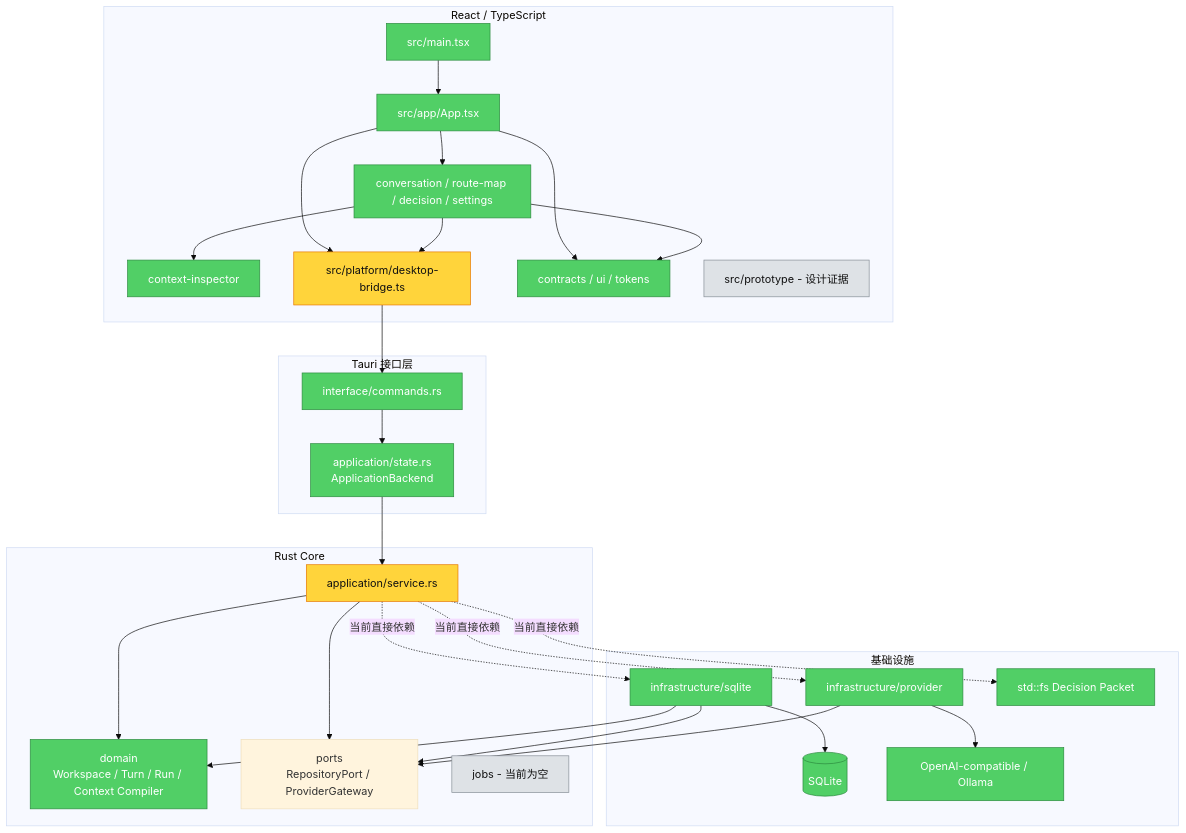
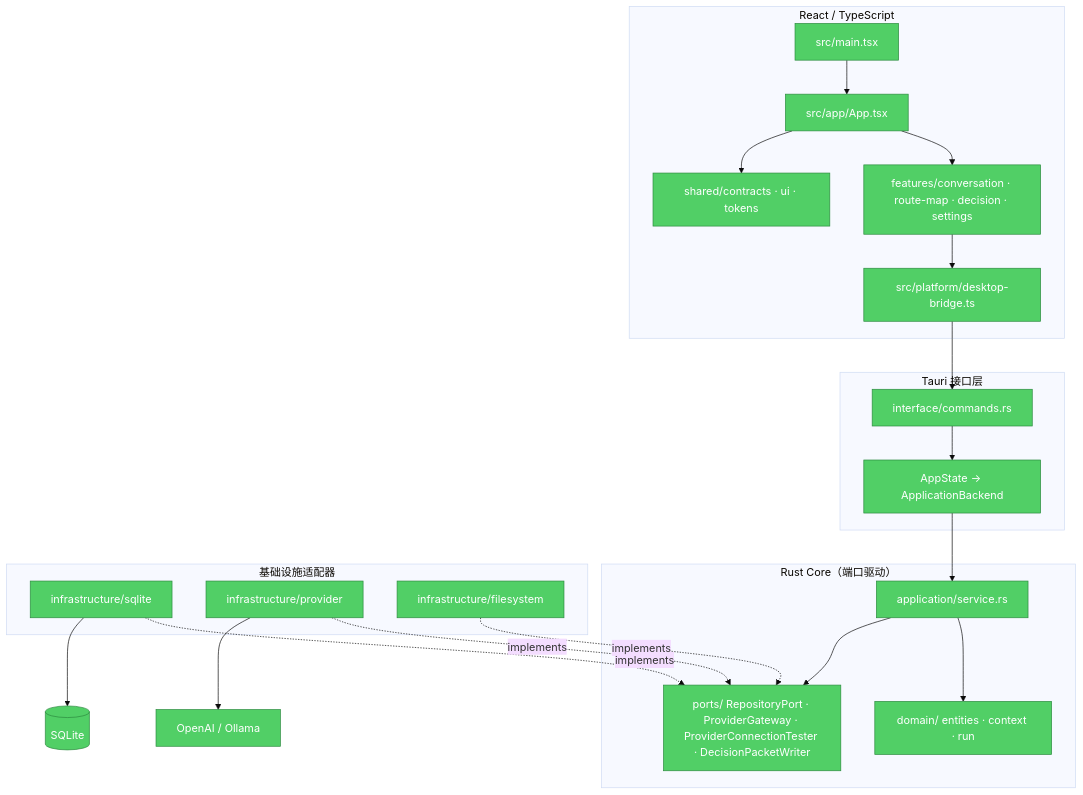
Before and after one commit to CollaalloC/ThoughtsFlow: the diagram in ARCHITECTURE_REVIEW.md, drawn with Mermaid (base theme). The commit also changed other lines of this file and 2 other files, not shown here.

Commit message:
docs: record architecture review follow-up

````diff
--- a/ARCHITECTURE_REVIEW.md
+++ b/ARCHITECTURE_REVIEW.md
@@ -9,60 +10,41 @@
 ```mermaid
 graph TD
-  subgraph Frontend[React / TypeScript]
-    Main[src/main.tsx]
-    Shell[src/app/App.tsx]
-    Features[conversation / route-map / decision / settings]
-    Inspector[context-inspector]
-    Bridge[src/platform/desktop-bridge.ts]
-    Shared[contracts / ui / tokens]
-    Prototype[src/prototype - 设计证据]
+  subgraph Frontend["React / TypeScript"]
+    Main["src/main.tsx"]
+    Shell["src/app/App.tsx"]
+    Features["features/conversation · route-map · decision · settings"]
+    Bridge["src/platform/desktop-bridge.ts"]
+    Shared["shared/contracts · ui · tokens"]
   end
 
-  subgraph Interface[Tauri 接口层]
-    Commands[interface/commands.rs]
-    AppState[application/state.rs\nApplicationBackend]
+  subgraph Interface["Tauri 接口层"]
+    Commands["interface/commands.rs"]
+    AppState["AppState → ApplicationBackend"]
   end
 
-  subgraph Core[Rust Core]
-    Service[application/service.rs]
-    Domain[domain\nWorkspace / Turn / Run / Context Compiler]
-    Ports[ports\nRepositoryPort / ProviderGateway]
-    Jobs[jobs - 当前为空]
+  subgraph Core["Rust Core（端口驱动）"]
+    Service["application/service.rs"]
+    Domain["domain/ entities · context · run"]
+    Ports["ports/ RepositoryPort · ProviderGateway · ProviderConnectionTester · DecisionPacketWriter"]
   end
 
-  subgraph Adapters[基础设施]
-    SQLite[infrastructure/sqlite]
-    Provider[infrastructure/provider]
-    Filesystem[std::fs Decision Packet]
-    DB[(SQLite)]
-    Remote[OpenAI-compatible / Ollama]
+  subgraph Adapters["基础设施适配器"]
+    SQLite["infrastructure/sqlite"]
+    Provider["infrastructure/provider"]
+    FS["infrastructure/filesystem"]
   end
 
-  Main --> Shell
-  Shell --> Features
-  Features --> Inspector
-  Shell --> Bridge
-  Features --> Bridge
+  Main --> Shell --> Features --> Bridge
   Shell --> Shared
-  Features --> Shared
-  Bridge --> Commands
-  Commands --> AppState
-  AppState --> Service
+  Bridge --> Commands --> AppState --> Service
   Service --> Domain
   Service --> Ports
-  Service -. 当前直接依赖 .-> SQLite
-  Service -. 当前直接依赖 .-> Provider
-  Service -. 当前直接依赖 .-> Filesystem
-  SQLite --> Ports
-  SQLite --> Domain
-  SQLite --> DB
-  Provider --> Ports
-  Provider --> Remote
+  SQLite -. implements .-> Ports
+  Provider -. implements .-> Ports
+  FS -. implements .-> Ports
+  SQLite --> DB[("SQLite")]
+  Provider --> Remote["OpenAI / Ollama"]
 
-  classDef warning fill:#ffd43b,stroke:#e67700,color:#111
   classDef clean fill:#51cf66,stroke:#2b8a3e,color:#fff
-  classDef planned fill:#dee2e6,stroke:#868e96,color:#111
-  class Service,Bridge warning
-  class Main,Shell,Features,Inspector,Shared,Commands,AppState,Domain,SQLite,Provider,DB,Remote,Filesystem clean
-  class Jobs,Prototype planned
+  class Main,Shell,Features,Bridge,Shared,Commands,AppState,Service,Domain,Ports,SQLite,Provider,FS,DB,Remote clean
 ```
````
